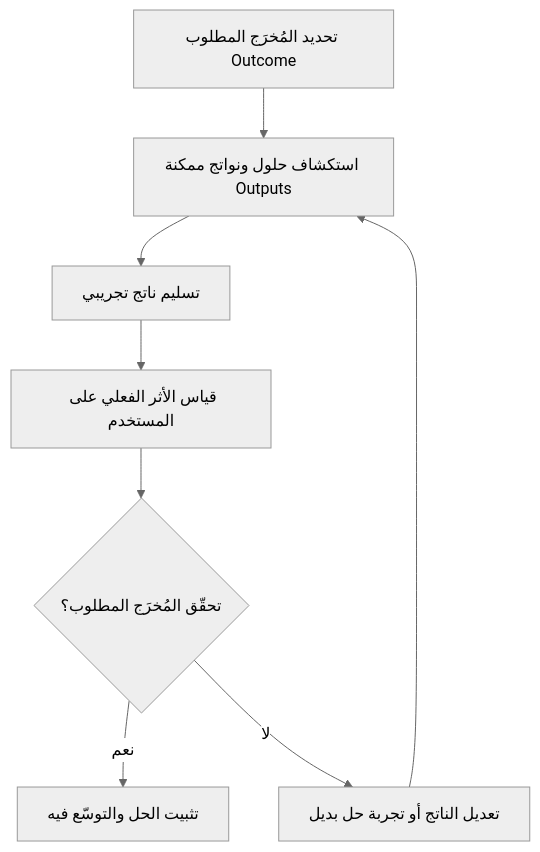
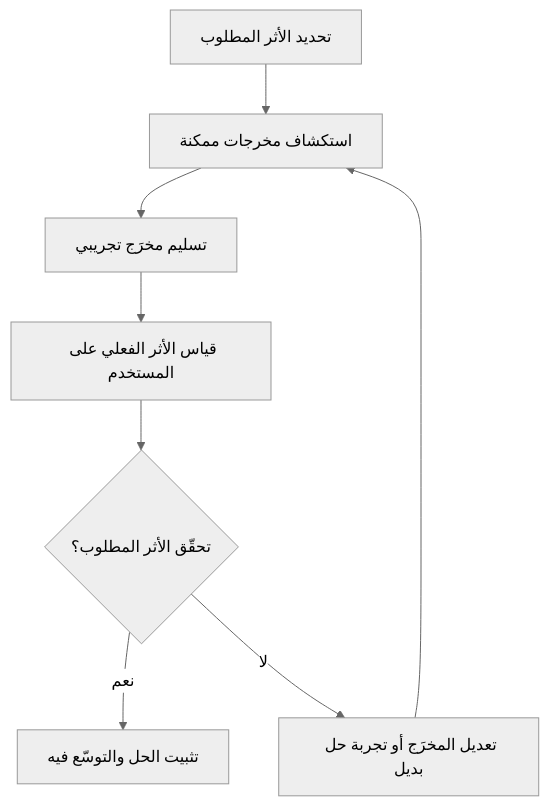
The diagram in content/معجم المصطلحات/Outcome vs Output.md (MohammedFattay/Project_Management_Notes), drawn with Mermaid (neutral theme) before and after one commit. The commit also changed other lines of this file and 47 other files, not shown here.

````diff
--- a/content/معجم المصطلحات/Outcome vs Output.md
+++ b/content/معجم المصطلحات/Outcome vs Output.md
@@ -41,10 +41,10 @@
 ```mermaid
 flowchart TD
-    A["تحديد المُخرَج المطلوب Outcome"] --> B["استكشاف حلول ونواتج ممكنة Outputs"]
-    B --> C["تسليم ناتج تجريبي"]
+    A["تحديد الأثر المطلوب"] --> B["استكشاف مخرجات ممكنة"]
+    B --> C["تسليم مخرَج تجريبي"]
     C --> D["قياس الأثر الفعلي على المستخدم"]
-    D --> E{"تحقّق المُخرَج المطلوب؟"}
+    D --> E{"تحقّق الأثر المطلوب؟"}
     E -->|نعم| F["تثبيت الحل والتوسّع فيه"]
-    E -->|لا| G["تعديل الناتج أو تجربة حل بديل"]
+    E -->|لا| G["تعديل المخرَج أو تجربة حل بديل"]
     G --> B
 ```
````
